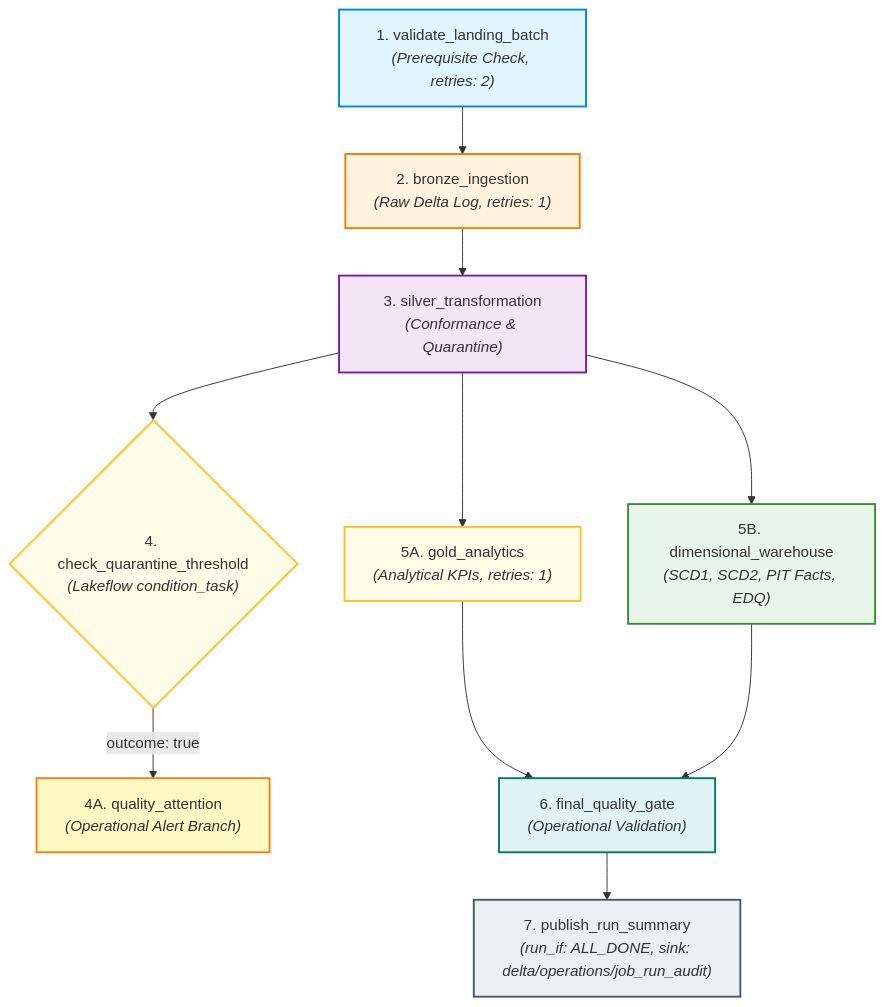
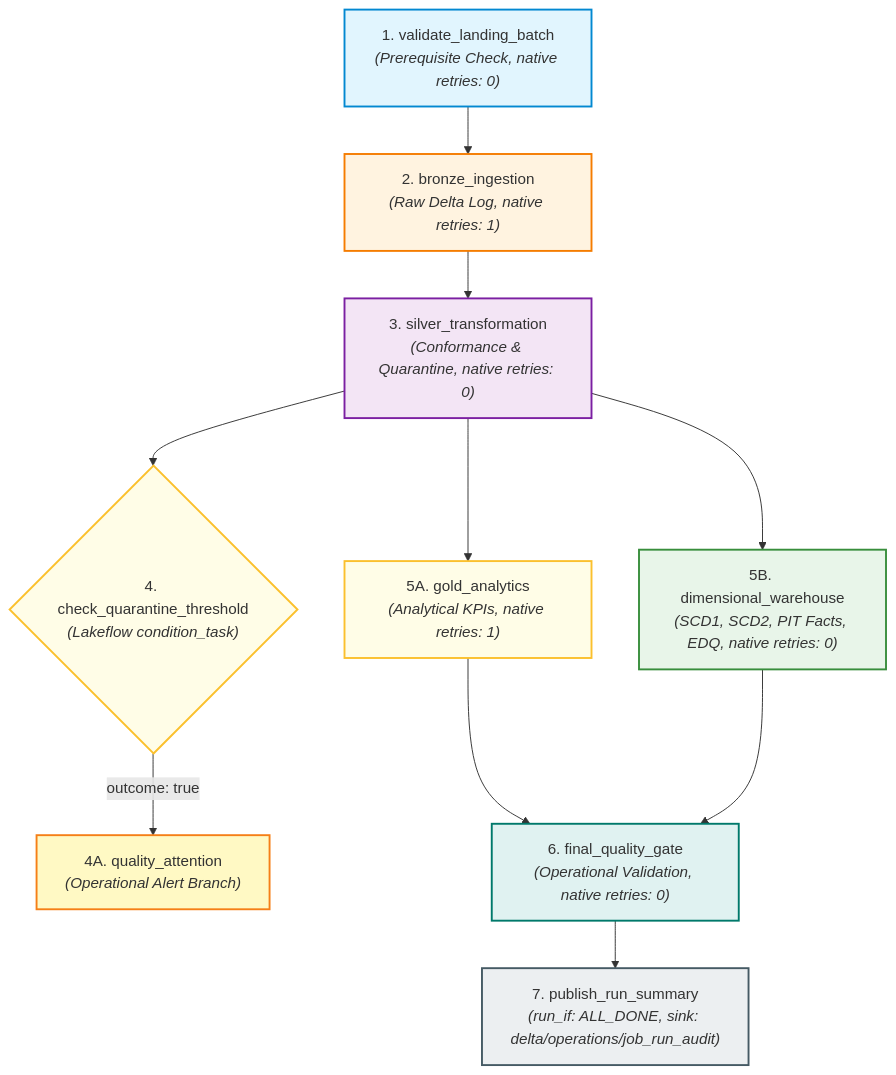
Before and after one commit to vijjureddy07/azure-lakehouse-data-platform: the first of 2 diagrams in docs/08_LAKEFLOW_JOBS_ORCHESTRATION.md, drawn with Mermaid. The commit also changed other lines of this file and 11 other files, not shown here.

````diff
--- a/docs/08_LAKEFLOW_JOBS_ORCHESTRATION.md
+++ b/docs/08_LAKEFLOW_JOBS_ORCHESTRATION.md
@@ -27,25 +27,25 @@
 ```mermaid
 graph TD
-    T1["1. validate_landing_batch<br/><i>(Prerequisite Check, retries: 2)</i>"] --> T2["2. bronze_ingestion<br/><i>(Raw Delta Log, retries: 1)</i>"]
-    T2 --> T3["3. silver_transformation<br/><i>(Conformance & Quarantine)</i>"]
+    T1["1. validate_landing_batch<br/><i>(Prerequisite Check, native retries: 0)</i>"] --> T2["2. bronze_ingestion<br/><i>(Raw Delta Log, native retries: 1)</i>"]
+    T2 --> T3["3. silver_transformation<br/><i>(Conformance & Quarantine, native retries: 0)</i>"]
     
     T3 --> C1{"4. check_quarantine_threshold<br/><i>(Lakeflow condition_task)</i>"}
     C1 -->|outcome: true| T4A["4A. quality_attention<br/><i>(Operational Alert Branch)</i>"]
     
-    T3 --> T5A["5A. gold_analytics<br/><i>(Analytical KPIs, retries: 1)</i>"]
-    T3 --> T5B["5B. dimensional_warehouse<br/><i>(SCD1, SCD2, PIT Facts, EDQ)</i>"]
+    T3 --> T5A["5A. gold_analytics<br/><i>(Analytical KPIs, native retries: 1)</i>"]
+    T3 --> T5B["5B. dimensional_warehouse<br/><i>(SCD1, SCD2, PIT Facts, EDQ, native retries: 0)</i>"]
     
-    T5A --> T6["6. final_quality_gate<br/><i>(Operational Validation)</i>"]
+    T5A --> T6["6. final_quality_gate<br/><i>(Operational Validation, native retries: 0)</i>"]
     T5B --> T6
     T6 --> T7["7. publish_run_summary<br/><i>(run_if: ALL_DONE, sink: delta/operations/job_run_audit)</i>"]
 
     style T1 fill:#e1f5fe,stroke:#0288d1,stroke-width:2px;
     style T2 fill:#fff3e0,stroke:#f57c00,stroke-width:2px;
     style T3 fill:#f3e5f5,stroke:#7b1fa2,stroke-width:2px;
     style C1 fill:#fffde7,stroke:#fbc02d,stroke-width:2px;
     style T4A fill:#fff9c4,stroke:#f57f17,stroke-width:2px;
     style T5A fill:#fffde7,stroke:#fbc02d,stroke-width:2px;
     style T5B fill:#e8f5e9,stroke:#388e3c,stroke-width:2px;
     style T6 fill:#e0f2f1,stroke:#00796b,stroke-width:2px;
     style T7 fill:#eceff1,stroke:#455a64,stroke-width:2px;
 ```
````
